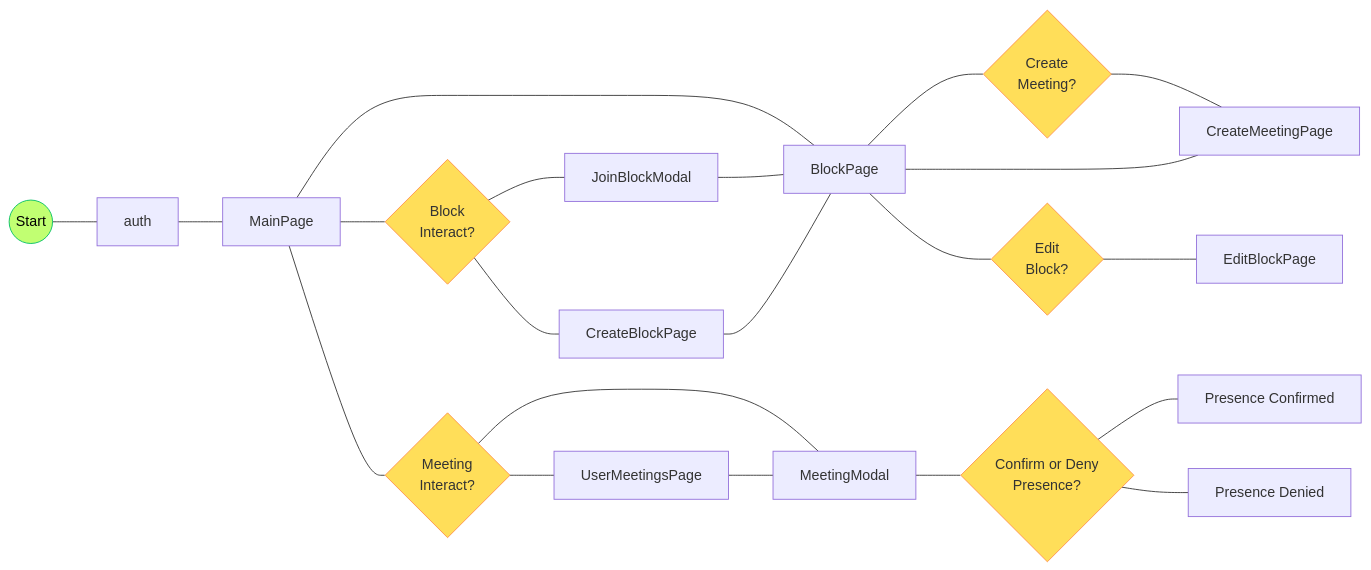
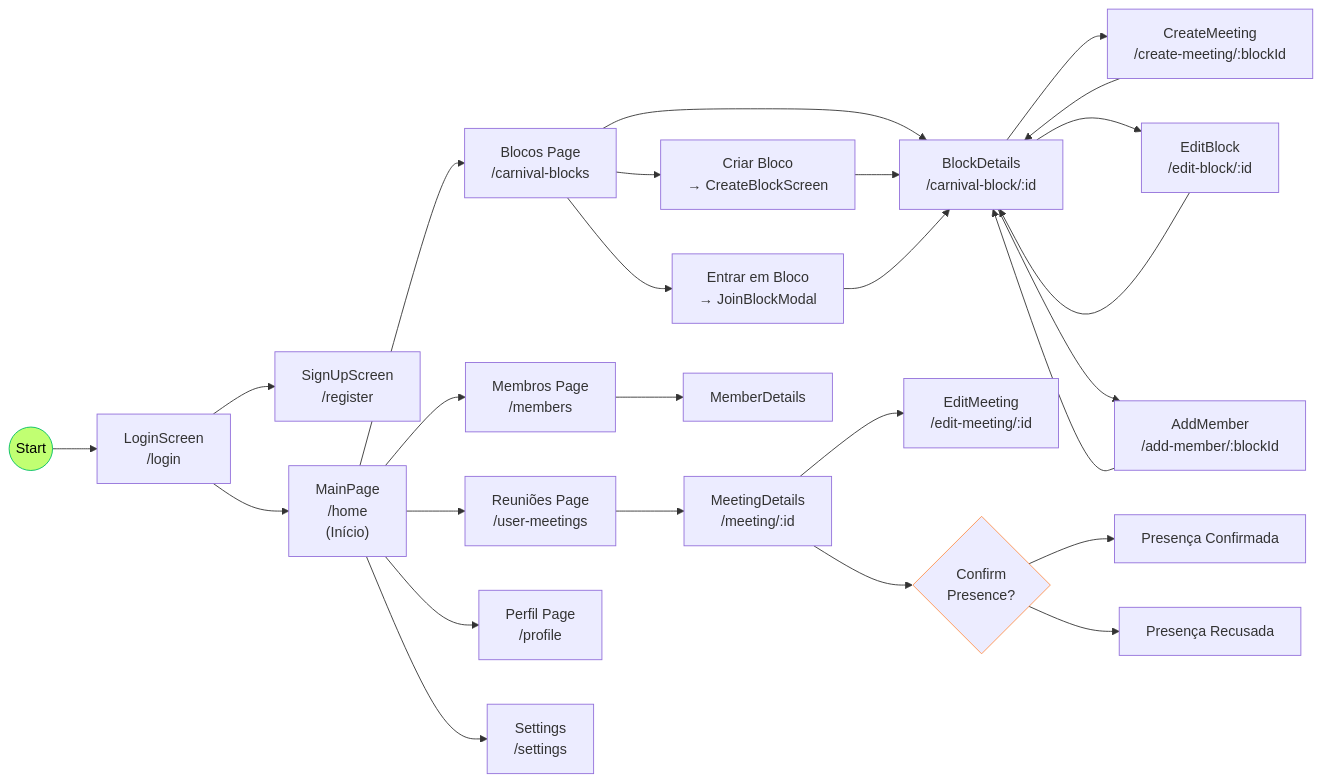
One commit to rafaelsnv/bloco-na-rua changed the diagram in userJorney.mmd. Above: the diagram before and after it, drawn with Mermaid. The commit also changed 1 other file, not shown here.

Commit message:
docs: update user journey documentation

```diff
--- a/userJorney.mmd
+++ b/userJorney.mmd
@@ -1,35 +1,50 @@
 flowchart LR
 
 	n1@{ shape: "circle", label: "Start" }
-	n2["auth"]
-	
-	n1
-	n1 --- n2
-	n2 --- n3["MainPage"]
-	n3 --- n4["BlockPage"]
-	n3
-	n5@{ shape: "diam", label: "Meeting<br>Interaction?" }
-	style n5 fill:#FFDE59,stroke:#FF914D
+	n2["LoginScreen<br>/login"]
+
+	n1 --> n2
+
+	%% Auth Flow
+	n2 --> n3["SignUpScreen<br>/register"]
+
+	%% Main App Shell (5 tabs)
+	n2 --> n4["MainPage<br>/home<br>(Início)"]
+
 	style n1 color:#000000,fill:#C1FF72,stroke:#00BF63
-	n3 --- n5@{ shape: "diam", label: "Meeting<br>Interact?" }
-	n5 --- n6["UserMeetingsPage"]
-	n5 --- n7["MeetingModal"]
-	n6 --- n7
-	n3 --- n8@{ shape: "diam", label: "Block<br>Interact?" }
-	style n8 fill:#FFDE59,stroke:#FF914D
-	n8 --- n9["JoinBlockModal"]
-	n8 --- n10["CreateBlockPage"]
-	n9 --- n4
-	n10 --- n4
-	n11@{ shape: "diam", label: "Create<br>Meeting?" }
-	style n11 fill:#FFDE59,stroke:#FF914D
-	n4 --- n11
-	n11 --- n12["CreateMeetingPage"]
-	n12 --- n4
-	n4 --- n13@{ shape: "diam", label: "Edit<br>Block?" }
-	style n13 fill:#FFDE59,stroke:#FF914D
-	n13 --- n14["EditBlockPage"]
-	n7 --- n15@{ shape: "diam", label: "Confirm or Deny<br>Presence?" }
-	style n15 fill:#FFDE59,stroke:#FF914D
-	n15 --- n16["Presence Confirmed"]
-	n15 --- n17["Presence Denied"]
+
+	%% Bottom Navigation
+	n4 --> n5["Blocos Page<br>/carnival-blocks"]
+	n4 --> n6["Reuniões Page<br>/user-meetings"]
+	n4 --> n7["Membros Page<br>/members"]
+	n4 --> n8["Perfil Page<br>/profile"]
+	n4 --> n9["Settings<br>/settings"]
+
+	%% Blocos Flow
+	n5 --> n10["Criar Bloco<br>→ CreateBlockScreen"]
+	n5 --> n11["Entrar em Bloco<br>→ JoinBlockModal"]
+	n5 --> n12["BlockDetails<br>/carnival-block/:id"]
+
+	n12 --> n13["CreateMeeting<br>/create-meeting/:blockId"]
+	n12 --> n14["EditBlock<br>/edit-block/:id"]
+	n12 --> n15["AddMember<br>/add-member/:blockId"]
+
+	%% Reuniões Flow
+	n6 --> n16["MeetingDetails<br>/meeting/:id"]
+	n16 --> n17["EditMeeting<br>/edit-meeting/:id"]
+
+	%% Decision Diamonds
+	n16 --> n18@{ shape: "diam", label: "Confirm<br>Presence?" }
+	style n18 fill:,stroke:#FF914D
+	n18 --> n19["Presença Confirmada"]
+	n18 --> n20["Presença Recusada"]
+
+	%% Membros Flow
+	n7 --> n21["MemberDetails"]
+
+	%% Modals/Forms
+	n10 --> n12
+	n11 --> n12
+	n13 --> n12
+	n14 --> n12
+	n15 --> n12
```
